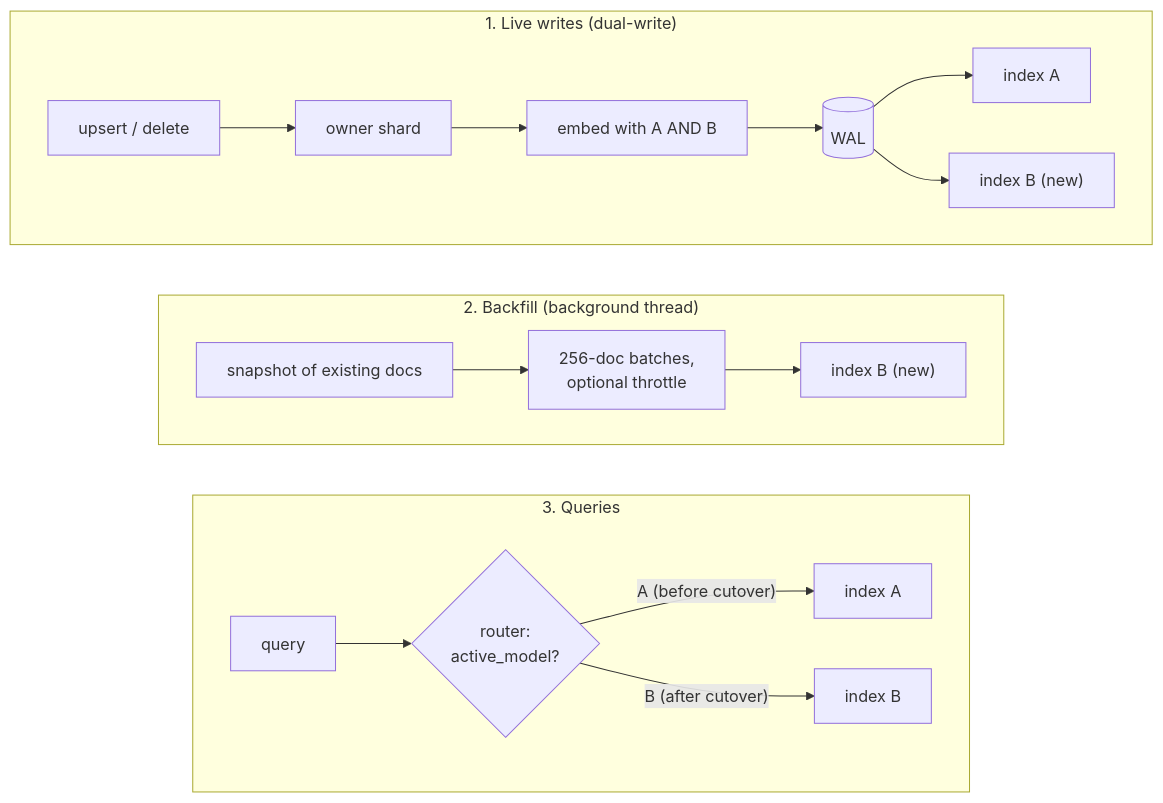
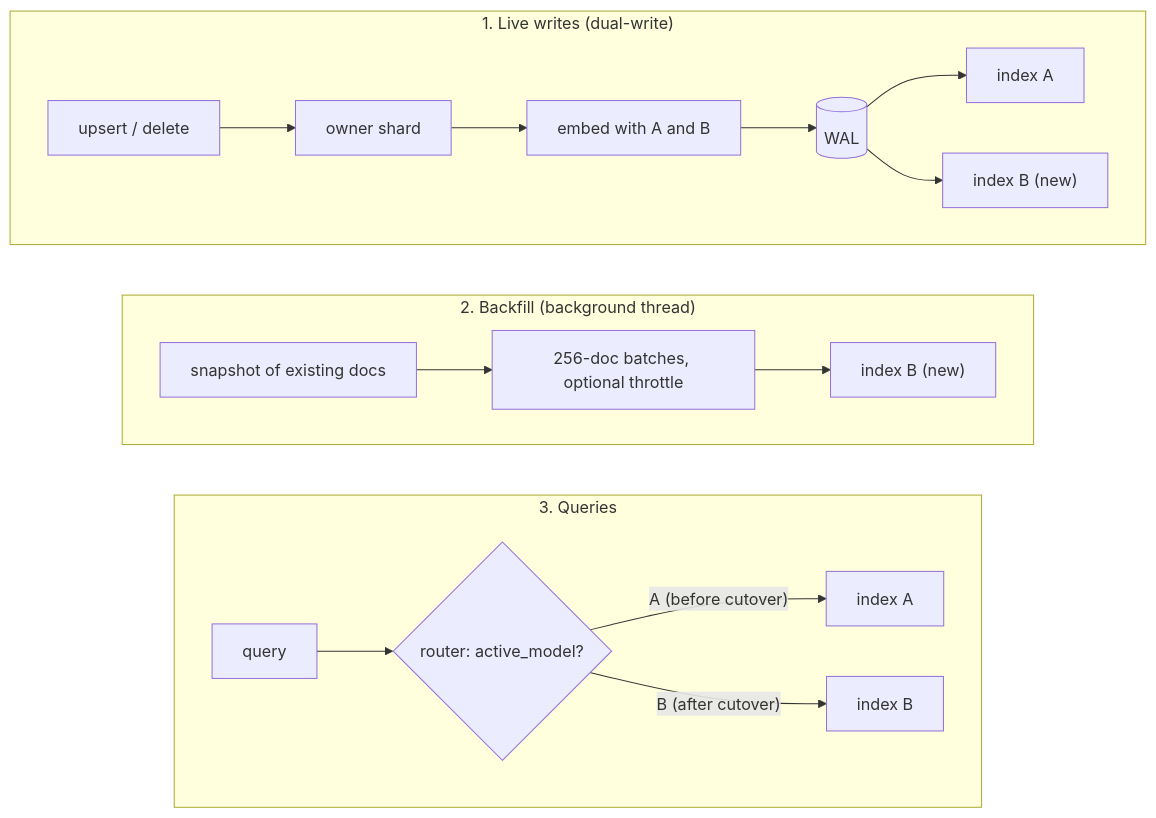
Before and after one commit to node31/fiqa-agentic-retrieval: the second of 2 diagrams in docs/10_model_migration.md, drawn with Mermaid. The commit also changed other lines of this file and 38 other files, not shown here.

````diff
--- a/docs/10_model_migration.md
+++ b/docs/10_model_migration.md
@@ -39,23 +20,23 @@
 ```mermaid
 flowchart TB
   subgraph W["1. Live writes (dual-write)"]
     direction LR
     WR["upsert / delete"] --> SH["owner shard"]
-    SH --> EM["embed with A AND B"]
+    SH --> EM["embed with A and B"]
     EM --> WAL[("WAL")]
     WAL --> IA1["index A"]
     WAL --> IB1["index B (new)"]
   end
   subgraph BF["2. Backfill (background thread)"]
     direction LR
-    SNAP["snapshot of existing docs"] --> BAT["256-doc batches,<br/>optional throttle"]
+    SNAP["snapshot of existing docs"] --> BAT["256-doc batches, optional throttle"]
     BAT --> IB2["index B (new)"]
   end
   subgraph Q["3. Queries"]
     direction LR
-    QQ["query"] --> RT{"router:<br/>active_model?"}
+    QQ["query"] --> RT{"router: active_model?"}
     RT -->|"A (before cutover)"| IA2["index A"]
     RT -->|"B (after cutover)"| IB3["index B"]
   end
   W ~~~ BF ~~~ Q
 ```
````
